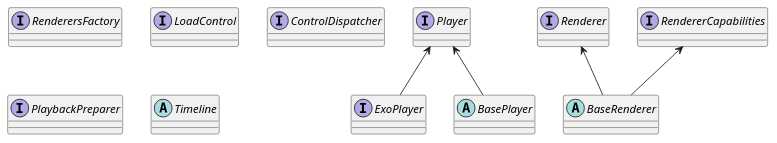
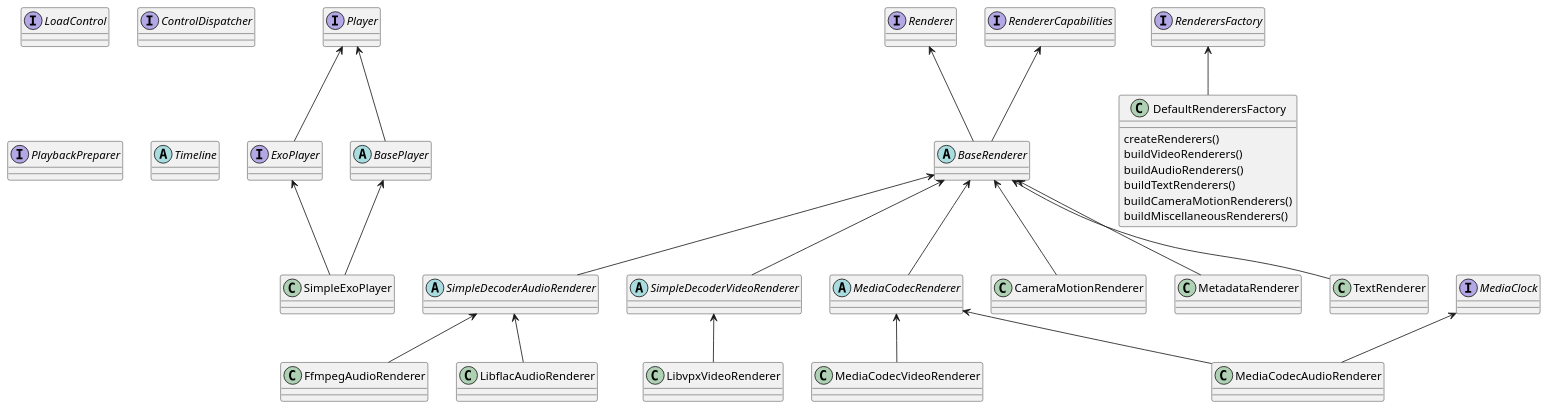
One commit to tdounnyy/exoplayer_note changed the diagram in uml/architecture.puml. Above: the diagram before and after it, drawn with PlantUML.

Commit message:
[uml] Add renderers

```diff
--- a/uml/architecture.puml
+++ b/uml/architecture.puml
@@ -2,20 +2,65 @@
 @startuml
 
+
+'Player
 interface Player
 interface ExoPlayer
+abstract class BasePlayer
+class SimpleExoPlayer
+
+'Renderer
 interface Renderer
-abstract class BaseRenderer
 interface RendererCapabilities
 interface RenderersFactory
+abstract class BaseRenderer
+abstract class SimpleDecoderAudioRenderer
+abstract class SimpleDecoderVideoRenderer
+abstract class MediaCodecRenderer
+class CameraMotionRenderer
+class FfmpegAudioRenderer
+class LibflacAudioRenderer
+class LibvpxVideoRenderer
+class LibvpxVideoRenderer
+class LibvpxVideoRenderer
+class MediaCodecAudioRenderer
+class MediaCodecVideoRenderer
+class MetadataRenderer
+class TextRenderer
+class DefaultRenderersFactory {
+    createRenderers()
+    buildVideoRenderers()
+    buildAudioRenderers()
+    buildTextRenderers()
+    buildCameraMotionRenderers()
+    buildMiscellaneousRenderers()
+}
+
 interface LoadControl
 interface ControlDispatcher
 interface PlaybackPreparer
+interface MediaClock
 abstract class Timeline
-abstract class BasePlayer
-
 
 Player <-- ExoPlayer
 Player <-- BasePlayer
+BasePlayer <-- SimpleExoPlayer
+ExoPlayer <-- SimpleExoPlayer
+
 Renderer <-- BaseRenderer
 RendererCapabilities <-- BaseRenderer
+BaseRenderer <-- CameraMotionRenderer
+BaseRenderer <-- SimpleDecoderAudioRenderer
+SimpleDecoderAudioRenderer <--  FfmpegAudioRenderer
+SimpleDecoderAudioRenderer <--  LibflacAudioRenderer
+BaseRenderer <-- SimpleDecoderVideoRenderer
+SimpleDecoderVideoRenderer <-- LibvpxVideoRenderer
+BaseRenderer <-- MediaCodecRenderer
+MediaCodecRenderer <-- MediaCodecAudioRenderer
+MediaClock <-- MediaCodecAudioRenderer
+MediaCodecRenderer <-- MediaCodecVideoRenderer
+BaseRenderer <-- MetadataRenderer
+BaseRenderer <-- TextRenderer
+RenderersFactory <-- DefaultRenderersFactory
+
+
 @enduml
```
